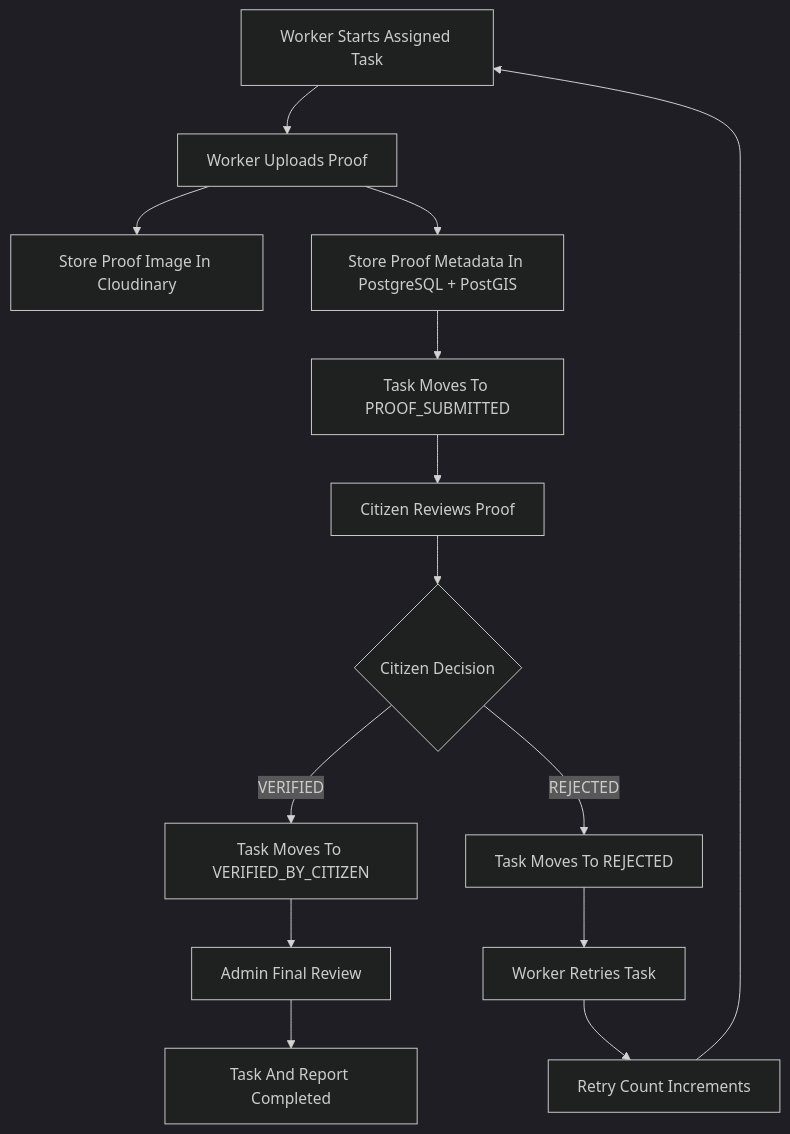
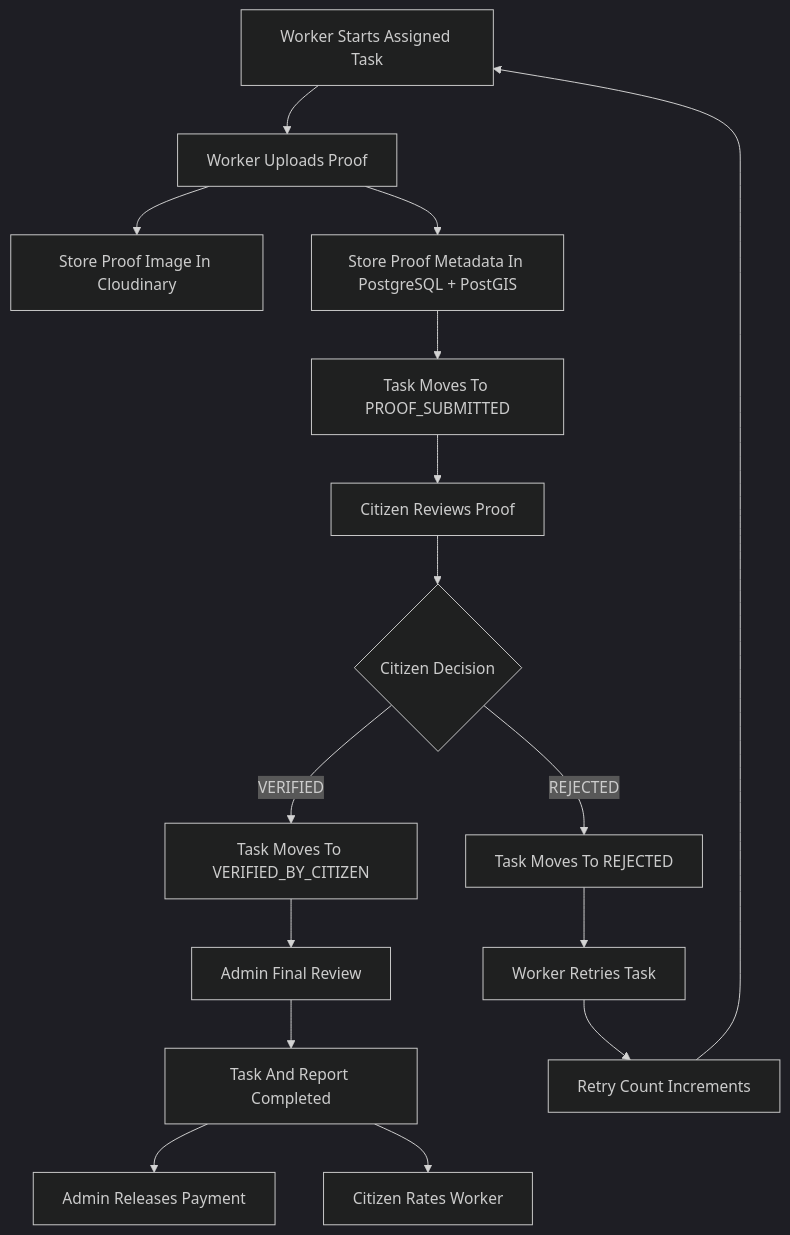
The fifth of 11 diagrams in README.md (OmkarDongre7772/SnapFix-Backend), drawn with Mermaid (dark theme) before and after one commit. The commit also changed other lines of this file and 44 other files, not shown here.

First line of the commit message:
Release-3: Phase 5, 6- Payment, Wallet & Worker Reputation System Complete.

````diff
--- a/README.md
+++ b/README.md
@@ -296,31 +312,35 @@
 ```mermaid
 flowchart TD
 
     A[Worker Starts Assigned Task]
     B[Worker Uploads Proof]
     C[Store Proof Image In Cloudinary]
     D[Store Proof Metadata In PostgreSQL + PostGIS]
     E[Task Moves To PROOF_SUBMITTED]
     F[Citizen Reviews Proof]
     G{Citizen Decision}
     H[Task Moves To VERIFIED_BY_CITIZEN]
     I[Task Moves To REJECTED]
     J[Worker Retries Task]
     K[Retry Count Increments]
     L[Admin Final Review]
     M[Task And Report Completed]
+    N[Admin Releases Payment]
+    O[Citizen Rates Worker]
 
     A --> B
     B --> C
     B --> D
     D --> E
     E --> F
     F --> G
     G -->|VERIFIED| H
     G -->|REJECTED| I
     I --> J
     J --> K
     K --> A
     H --> L
     L --> M
+    M --> N
+    M --> O
 ```
````
